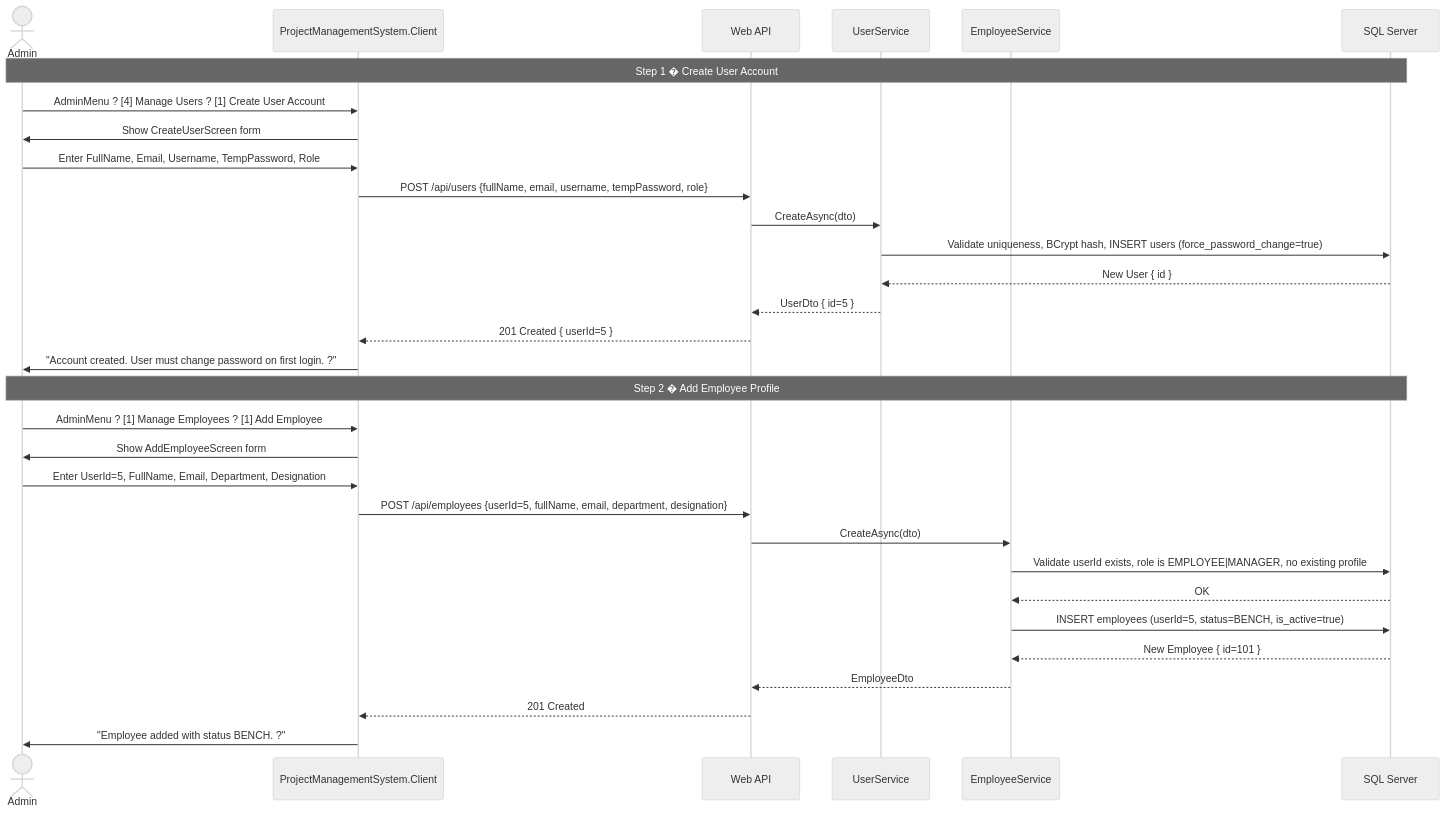
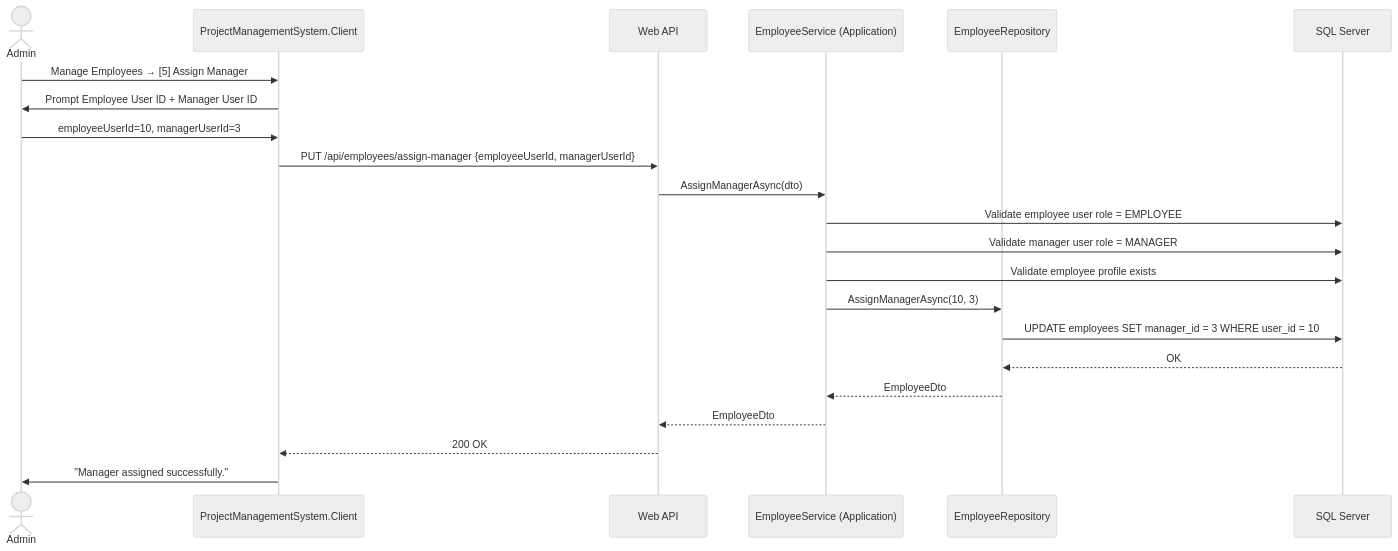
Before and after one commit to HariAdk/PRM: the third of 14 diagrams in docs/Solution/Sequence_Diagram.md, drawn with Mermaid (neutral theme). The commit also changed other lines of this file and 21 other files, not shown here.

Commit message:
Updated diagrams

````diff
--- a/docs/Solution/Sequence_Diagram.md
+++ b/docs/Solution/Sequence_Diagram.md
@@ -120,37 +117,27 @@
 ```mermaid
 sequenceDiagram
     actor Admin
     participant Client   as ProjectManagementSystem.Client
     participant API      as Web API
-    participant UserSvc  as UserService
-    participant EmpSvc   as EmployeeService
+    participant EmpSvc   as EmployeeService (Application)
+    participant EmpRepo  as EmployeeRepository
     participant DB       as SQL Server
 
-    Note over Admin,DB: Step 1 � Create User Account
-    Admin->>Client: AdminMenu ? [4] Manage Users ? [1] Create User Account
-    Client->>Admin: Show CreateUserScreen form
-    Admin->>Client: Enter FullName, Email, Username, TempPassword, Role
+    Admin->>Client: Manage Employees → [5] Assign Manager
+    Client->>Admin: Prompt Employee User ID + Manager User ID
+    Admin->>Client: employeeUserId=10, managerUserId=3
 
-    Client->>API: POST /api/users {fullName, email, username, tempPassword, role}
-    API->>UserSvc: CreateAsync(dto)
-    UserSvc->>DB: Validate uniqueness, BCrypt hash, INSERT users (force_password_change=true)
-    DB-->>UserSvc: New User { id }
-    UserSvc-->>API: UserDto { id=5 }
-    API-->>Client: 201 Created { userId=5 }
-    Client->>Admin: "Account created. User must change password on first login. ?"
+    Client->>API: PUT /api/employees/assign-manager {employeeUserId, managerUserId}
+    API->>EmpSvc: AssignManagerAsync(dto)
+    EmpSvc->>DB: Validate employee user role = EMPLOYEE
+    EmpSvc->>DB: Validate manager user role = MANAGER
+    EmpSvc->>DB: Validate employee profile exists
 
-    Note over Admin,DB: Step 2 � Add Employee Profile
-    Admin->>Client: AdminMenu ? [1] Manage Employees ? [1] Add Employee
-    Client->>Admin: Show AddEmployeeScreen form
-    Admin->>Client: Enter UserId=5, FullName, Email, Department, Designation
-
-    Client->>API: POST /api/employees {userId=5, fullName, email, department, designation}
-    API->>EmpSvc: CreateAsync(dto)
-    EmpSvc->>DB: Validate userId exists, role is EMPLOYEE|MANAGER, no existing profile
-    DB-->>EmpSvc: OK
-    EmpSvc->>DB: INSERT employees (userId=5, status=BENCH, is_active=true)
-    DB-->>EmpSvc: New Employee { id=101 }
+    EmpSvc->>EmpRepo: AssignManagerAsync(10, 3)
+    EmpRepo->>DB: UPDATE employees SET manager_id = 3 WHERE user_id = 10
+    DB-->>EmpRepo: OK
+    EmpRepo-->>EmpSvc: EmployeeDto
     EmpSvc-->>API: EmployeeDto
-    API-->>Client: 201 Created
-    Client->>Admin: "Employee added with status BENCH. ?"
+    API-->>Client: 200 OK
+    Client->>Admin: "Manager assigned successfully."
 ```
````
